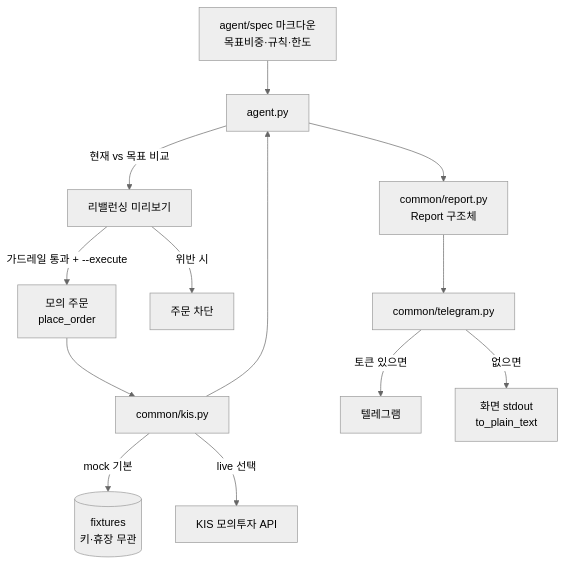
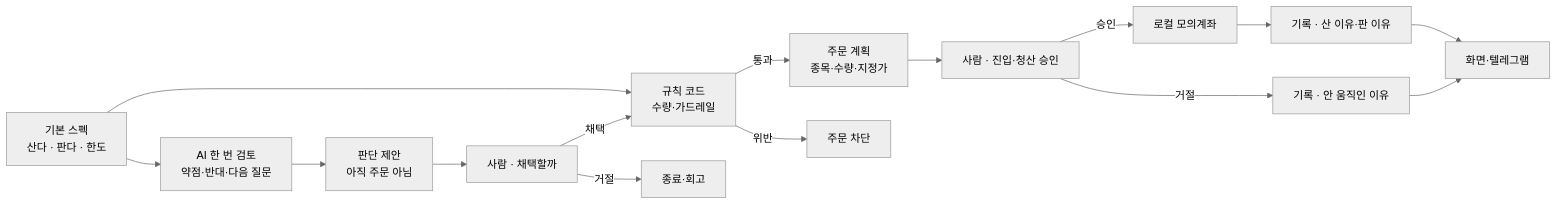
Before and after one commit to JungHoonGhae/thecamp-aitrading: the first of 4 diagrams in lessons/참고/아키텍처.md, drawn with Mermaid (neutral theme). The commit also changed other lines of this file and 23 other files, not shown here.

````diff
--- a/lessons/참고/아키텍처.md
+++ b/lessons/참고/아키텍처.md
@@ -17,15 +11,17 @@
 ```mermaid
-flowchart TD
-    S[agent/spec 마크다운<br/>목표비중·규칙·한도] --> AG[agent.py]
-    K[common/kis.py] --> AG
-    K -->|mock 기본| FX[(fixtures<br/>키·휴장 무관)]
-    K -->|live 선택| API[KIS 모의투자 API]
-    AG -->|현재 vs 목표 비교| PV[리밸런싱 미리보기]
-    PV -->|가드레일 통과 + --execute| ORD[모의 주문<br/>place_order]
-    PV -->|위반 시| BLK[주문 차단]
-    ORD --> K
-    AG --> REP[common/report.py<br/>Report 구조체]
-    REP --> TG[common/telegram.py]
-    TG -->|토큰 있으면| TELEGRAM[텔레그램]
-    TG -->|없으면| SCR[화면 stdout<br/>to_plain_text]
+flowchart LR
+    Spec["기본 스펙<br/>산다 · 판다 · 한도"] --> Review["AI 한 번 검토<br/>약점·반대·다음 질문"]
+    Review --> Proposal["판단 제안<br/>아직 주문 아님"]
+    Proposal --> SpecGate["사람 · 채택할까"]
+    SpecGate -->|채택| Rules["규칙 코드<br/>수량·가드레일"]
+    SpecGate -->|거절| Stop["종료·회고"]
+    Spec --> Rules
+    Rules -->|통과| Plan["주문 계획<br/>종목·수량·지정가"]
+    Rules -->|위반| Block["주문 차단"]
+    Plan --> OrderGate["사람 · 진입·청산 승인"]
+    OrderGate -->|거절| Journal["기록 · 안 움직인 이유"]
+    OrderGate -->|승인| Local["로컬 모의계좌"]
+    Local --> Journal2["기록 · 산 이유·판 이유"]
+    Journal --> Telegram["화면·텔레그램"]
+    Journal2 --> Telegram
 ```
````
